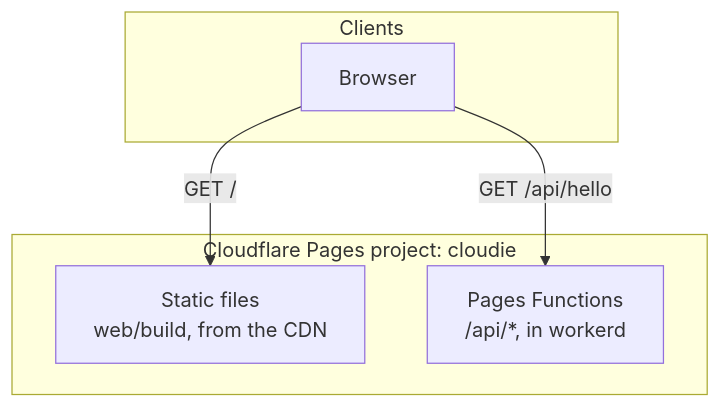
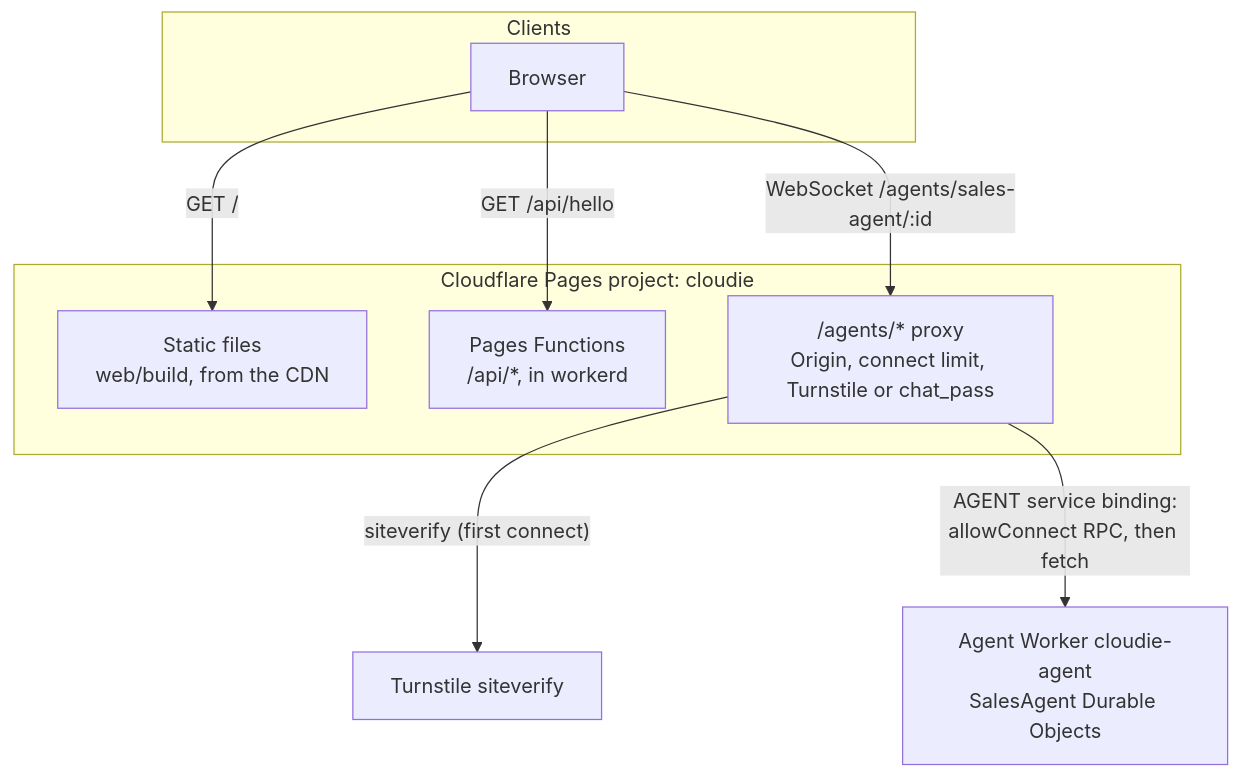
One commit to randika-srimal/cloudie changed the first of 2 diagrams in docs/architecture/overview.md. Above: the diagram before and after it, drawn with Mermaid. The commit also changed other lines of this file and 19 other files, not shown here.

First line of the commit message:
feat(api): guarded WebSocket proxy to the agent worker

````diff
--- a/docs/architecture/overview.md
+++ b/docs/architecture/overview.md
@@ -7,12 +7,18 @@
 ```mermaid
 flowchart TB
   subgraph Clients
     B[Browser]
   end
   subgraph Cloudflare["Cloudflare Pages project: cloudie"]
     S[Static files<br/>web/build, from the CDN]
     F[Pages Functions<br/>/api/*, in workerd]
+    P["/agents/* proxy<br/>Origin, connect limit, Turnstile or chat_pass"]
   end
+  A[Agent Worker cloudie-agent<br/>SalesAgent Durable Objects]
+  T[Turnstile siteverify]
   B -->|"GET /"| S
   B -->|"GET /api/hello"| F
+  B -->|"WebSocket /agents/sales-agent/:id"| P
+  P -->|"siteverify (first connect)"| T
+  P -->|"AGENT service binding:<br/>allowConnect RPC, then fetch"| A
 ```
````
